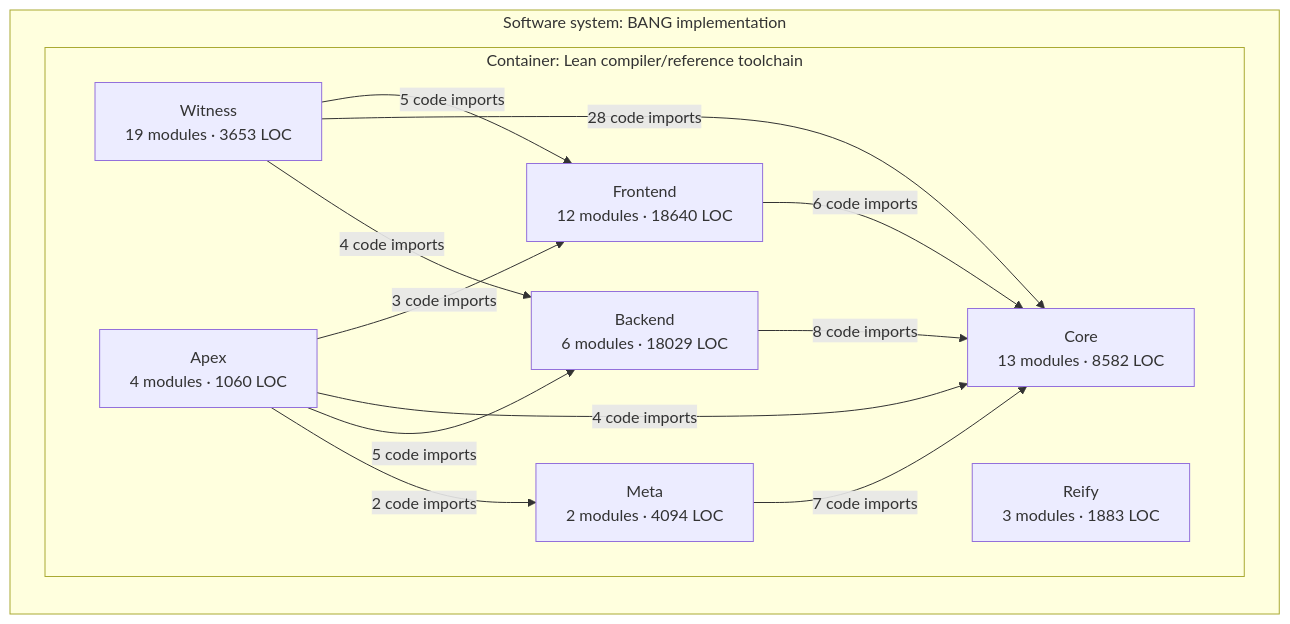
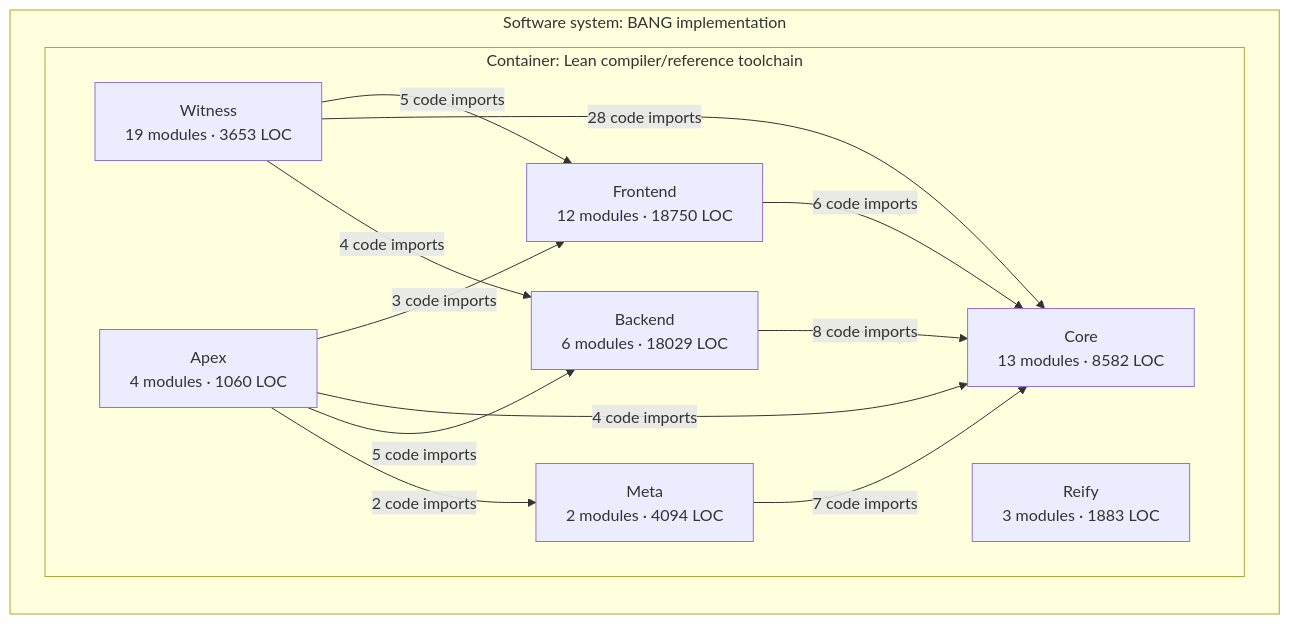
Before and after one commit to phibkro/bang: the third of 3 diagrams in docs/architecture/core-overview.md, drawn with Mermaid. The commit also changed other lines of this file and 11 other files, not shown here.

````diff
--- a/docs/architecture/core-overview.md
+++ b/docs/architecture/core-overview.md
@@ -160,24 +160,24 @@
 ```mermaid
 flowchart LR
   subgraph system_BANG["Software system: BANG implementation"]
     subgraph container_Lean_toolchain["Container: Lean compiler/reference toolchain"]
-      component_Frontend["Frontend<br/>12 modules · 18640 LOC"]
+      component_Frontend["Frontend<br/>12 modules · 18750 LOC"]
       component_Core["Core<br/>13 modules · 8582 LOC"]
       component_Backend["Backend<br/>6 modules · 18029 LOC"]
       component_Meta["Meta<br/>2 modules · 4094 LOC"]
       component_Witness["Witness<br/>19 modules · 3653 LOC"]
       component_Reify["Reify<br/>3 modules · 1883 LOC"]
       component_Apex["Apex<br/>4 modules · 1060 LOC"]
     end
   end
   component_Frontend -->|6 code imports| component_Core
   component_Backend -->|8 code imports| component_Core
   component_Meta -->|7 code imports| component_Core
   component_Witness -->|5 code imports| component_Frontend
   component_Witness -->|28 code imports| component_Core
   component_Witness -->|4 code imports| component_Backend
   component_Apex -->|3 code imports| component_Frontend
   component_Apex -->|4 code imports| component_Core
   component_Apex -->|5 code imports| component_Backend
   component_Apex -->|2 code imports| component_Meta
 ```
````
